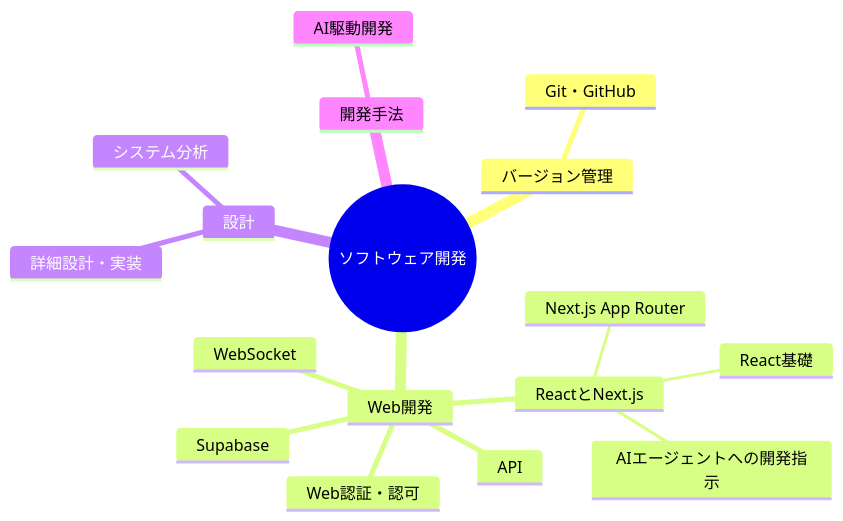
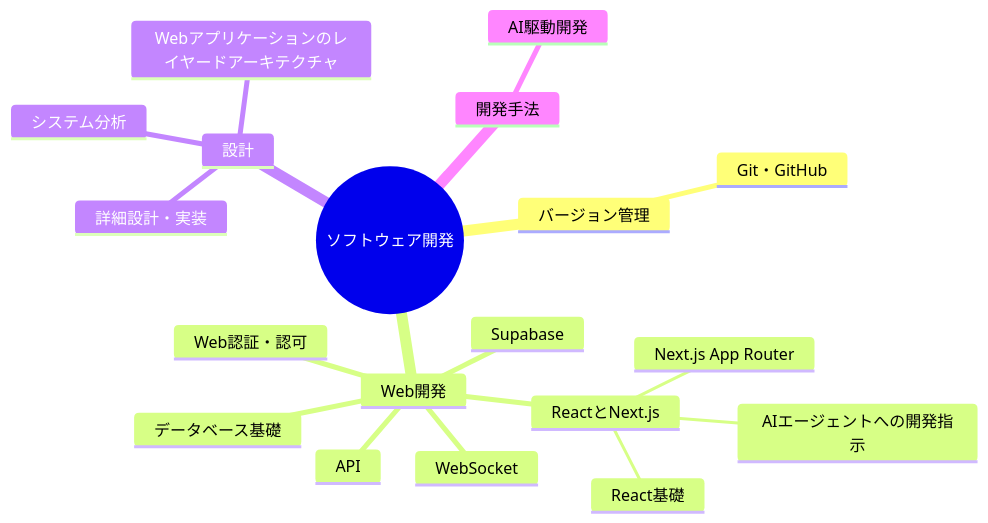
Before and after one commit to 97kuek/obsidian-vault: the diagram in 20_Areas/ソフトウェア開発/【MOC】ソフトウェア開発.md, drawn with Mermaid. The commit also changed other lines of this file and 4 other files, not shown here.

````diff
--- a/20_Areas/ソフトウェア開発/【MOC】ソフトウェア開発.md
+++ b/20_Areas/ソフトウェア開発/【MOC】ソフトウェア開発.md
@@ -16,20 +16,22 @@
 ```mermaid
 mindmap
   root(("ソフトウェア開発"))
     バージョン管理
       Git・GitHub
     Web開発
       ReactとNext.js
         React基礎
         Next.js App Router
         AIエージェントへの開発指示
       API
+      データベース基礎
       WebSocket
       Supabase
       Web認証・認可
     設計
       システム分析
       詳細設計・実装
+      Webアプリケーションのレイヤードアーキテクチャ
     開発手法
       AI駆動開発
 ```
````
